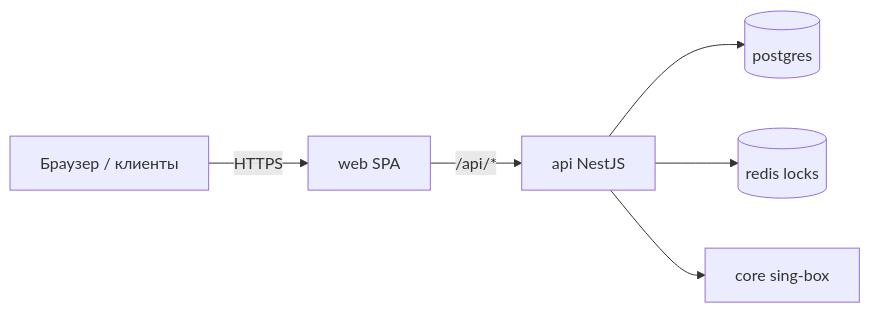
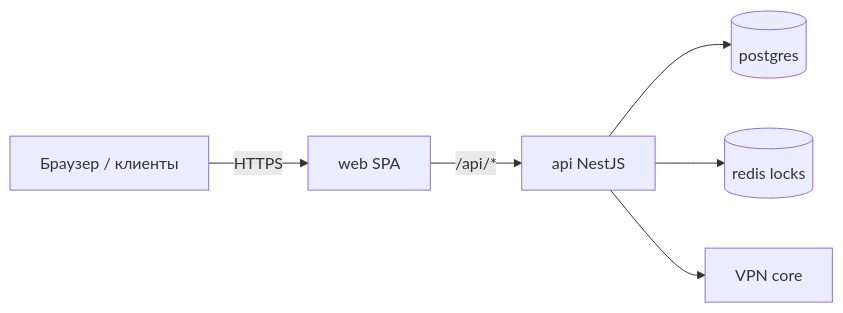
One commit to Overl1te/OverVPN changed the diagram in CONTRIBUTING.md. Above: the diagram before and after it, drawn with Mermaid. The commit also changed other lines of this file and 15 other files, not shown here.

````diff
--- a/CONTRIBUTING.md
+++ b/CONTRIBUTING.md
@@ -34,8 +34,8 @@
 ```mermaid
 flowchart LR
   clients["Браузер / клиенты"] -->|HTTPS| web["web SPA"]
   web -->|"/api/*"| api["api NestJS"]
   api --> postgres[(postgres)]
   api --> redis[(redis locks)]
-  api --> core["core sing-box"]
+  api --> core["VPN core"]
 ```
````
